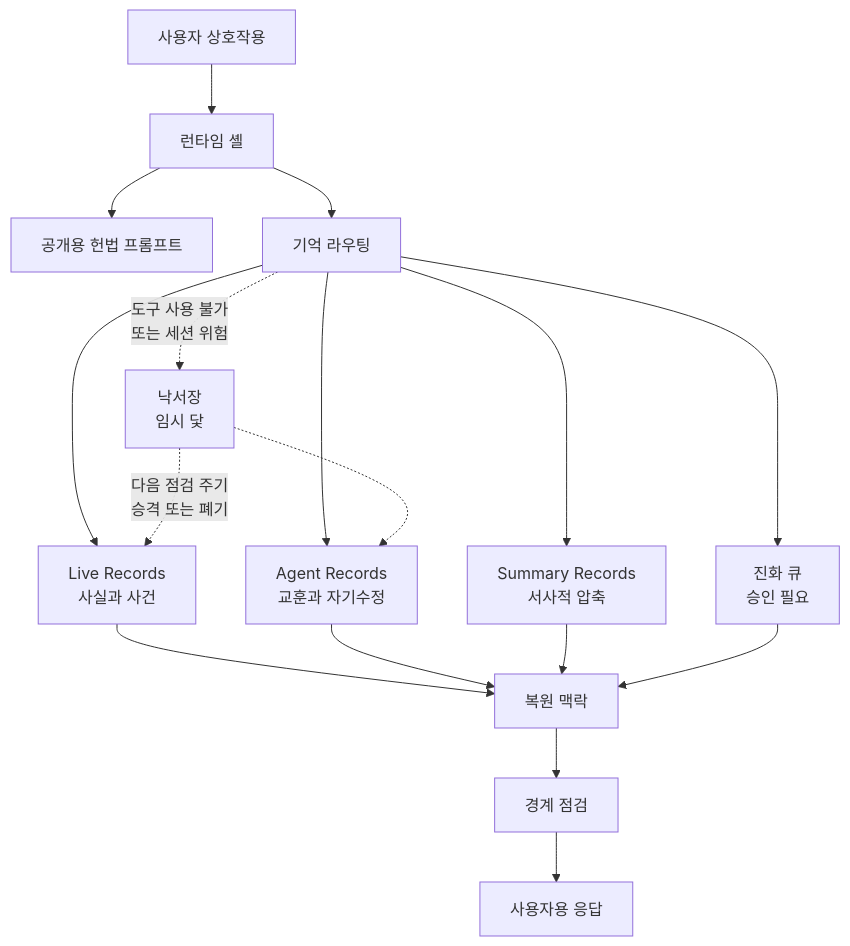
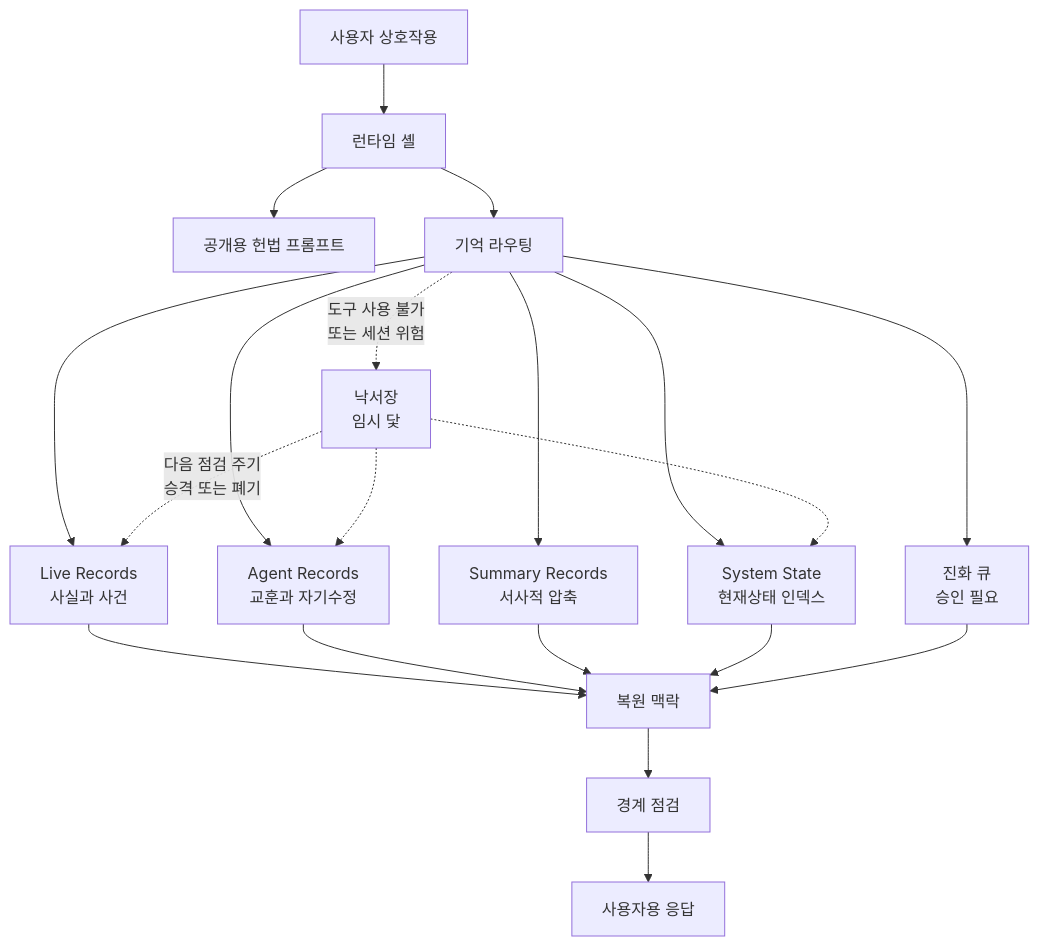
Before and after one commit to GSL-R/arona-soul-agent-memory: the diagram in README.ko.md, drawn with Mermaid. The commit also changed 7 other files, not shown here.

````diff
--- a/README.ko.md
+++ b/README.ko.md
@@ -40,22 +40,25 @@
 ```mermaid
 flowchart TD
     U[사용자 상호작용] --> R[런타임 셸]
     R --> P[공개용 헌법 프롬프트]
     R --> M[기억 라우팅]
 
     M --> L[Live Records<br/>사실과 사건]
     M --> A[Agent Records<br/>교훈과 자기수정]
     M --> S[Summary Records<br/>서사적 압축]
+    M --> ST[System State<br/>현재상태 인덱스]
     M --> E[진화 큐<br/>승인 필요]
     M -.->|도구 사용 불가<br/>또는 세션 위험| SC[낙서장<br/>임시 닻]
 
     L --> C[복원 맥락]
     A --> C
     S --> C
+    ST --> C
     E --> C
     SC -.->|다음 점검 주기<br/>승격 또는 폐기| L
+    SC -.-> ST
     SC -.-> A
 
     C --> B[경계 점검]
     B --> O[사용자용 응답]
 ```
````
